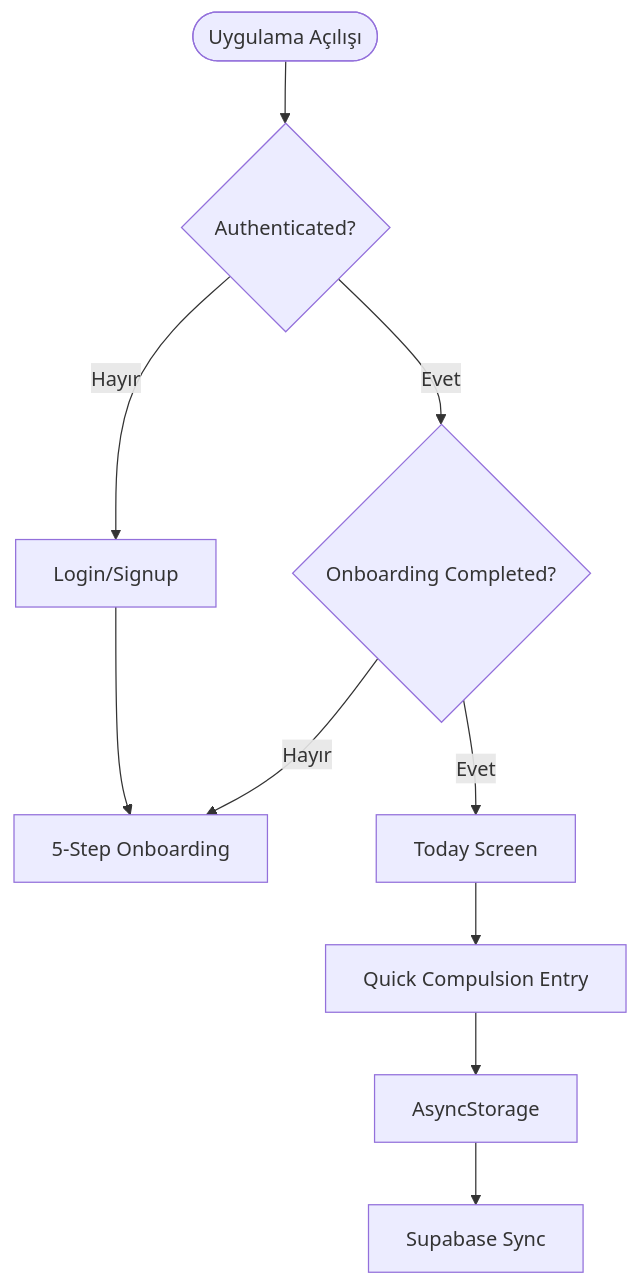
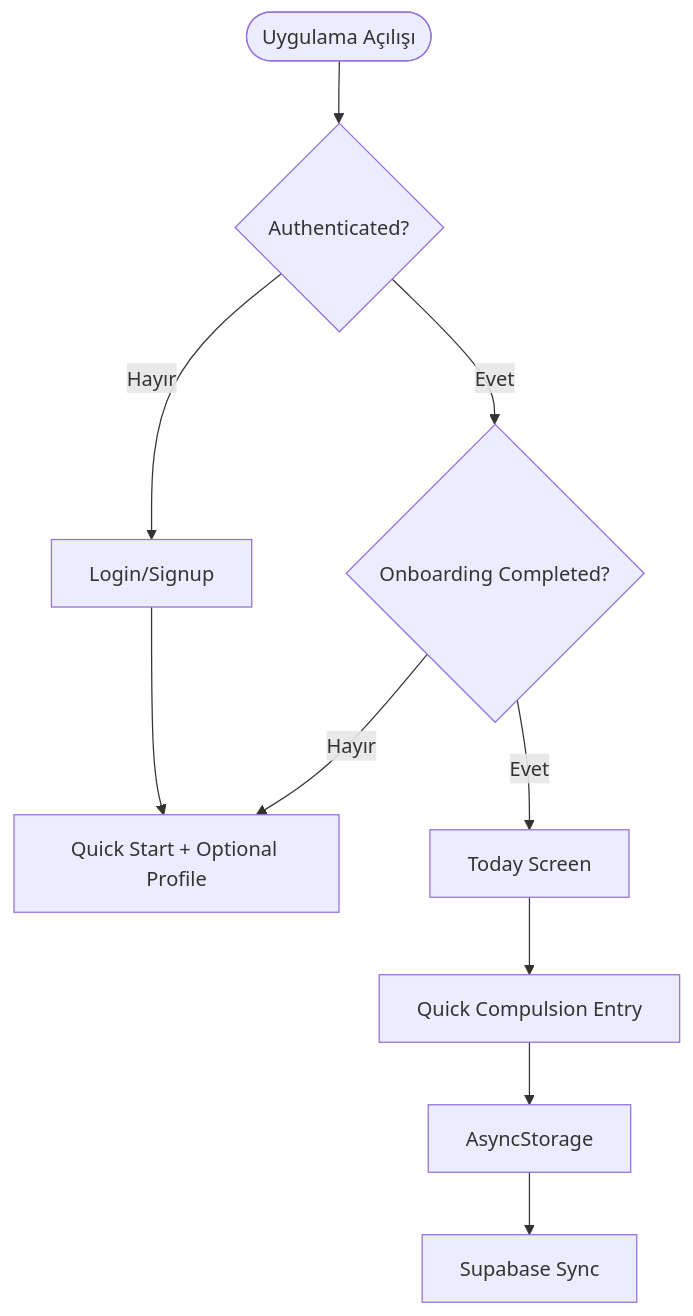
One commit to adilyoltay/obsessless-mobile-app changed the diagram in docs/UX_DESIGN_GUIDE.md. Above: the diagram before and after it, drawn with Mermaid. The commit also changed other lines of this file and 2 other files, not shown here.

````diff
--- a/docs/UX_DESIGN_GUIDE.md
+++ b/docs/UX_DESIGN_GUIDE.md
@@ -91,12 +91,12 @@
 ```mermaid
 flowchart TD
     Start([Uygulama Açılışı]) --> Auth{Authenticated?}
     Auth -->|Hayır| Login[Login/Signup]
     Auth -->|Evet| Onb{Onboarding Completed?}
     Login --> Onboarding
-    Onb -->|Hayır| Onboarding[5-Step Onboarding]
+    Onb -->|Hayır| Onboarding[Quick Start + Optional Profile]
     Onb -->|Evet| Today[Today Screen]
     Today --> QuickEntry[Quick Compulsion Entry]
     QuickEntry --> SaveLocal[AsyncStorage]
     SaveLocal --> Sync[Supabase Sync]
 ```
````
